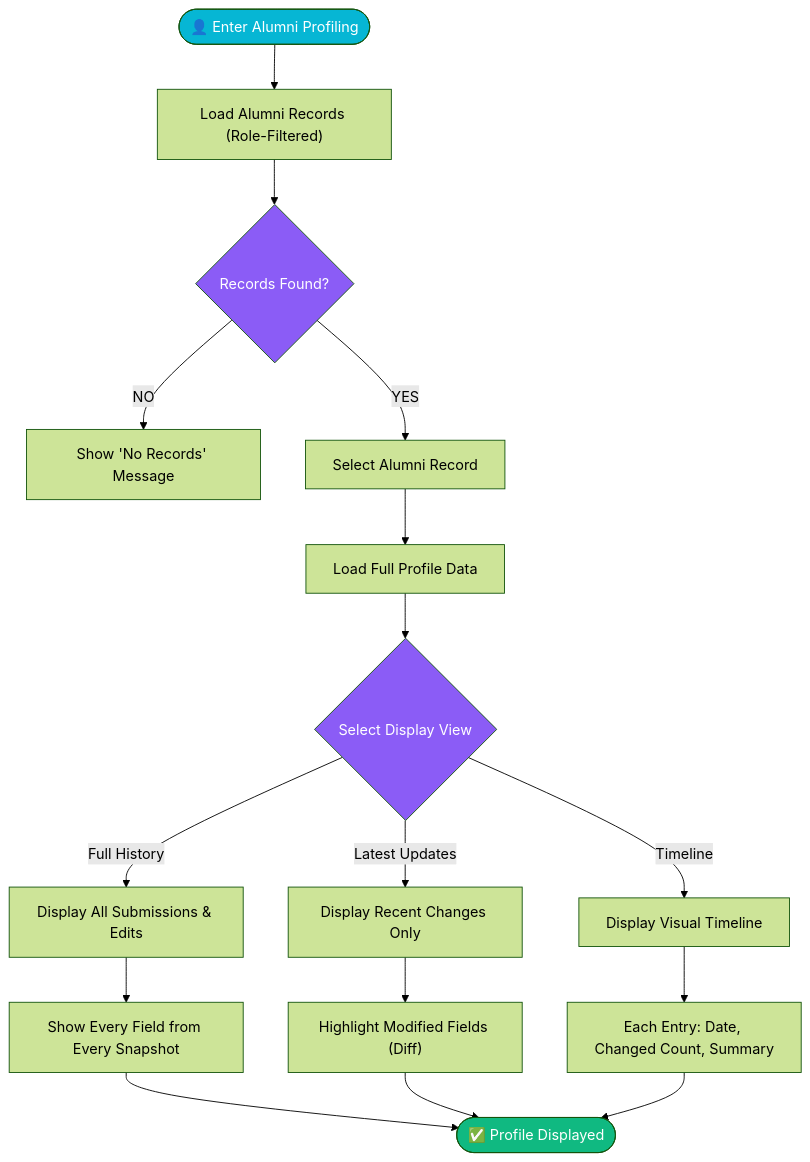
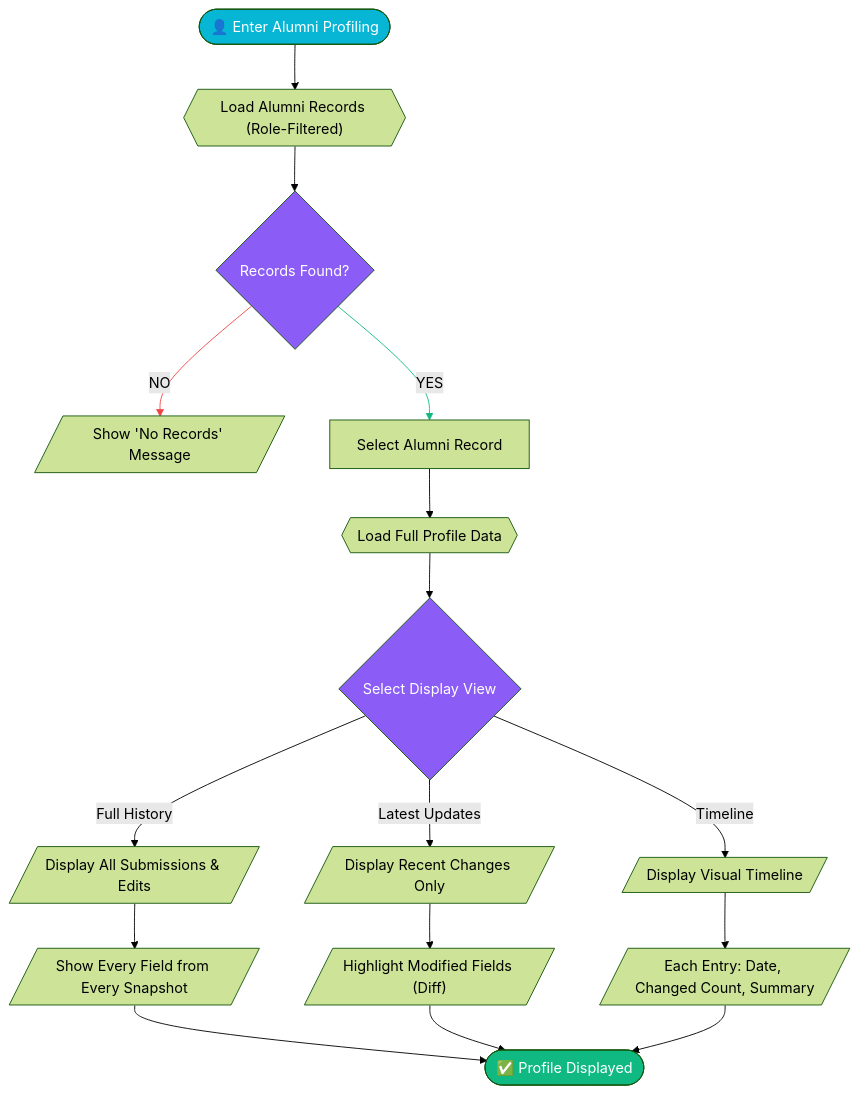
One commit to rakuya-khun/alumni-db changed the fifth of 10 diagrams in docs/technical/alumni-db-flowcharts.md. Above: the diagram before and after it, drawn with Mermaid (forest theme). The commit also changed other lines of this file, not shown here.

Commit message:
docs: flowchart mermaid markdown shape adjustment

````diff
--- a/docs/technical/alumni-db-flowcharts.md
+++ b/docs/technical/alumni-db-flowcharts.md
@@ -260,25 +284,27 @@
 ```mermaid
 flowchart TD
-    A([👤 Enter Alumni Profiling]) --> B["Load Alumni Records (Role-Filtered)"]
+    A([👤 Enter Alumni Profiling]) --> B{{"Load Alumni Records (Role-Filtered)"}}
     B --> C{Records Found?}
-    C -- NO --> D["Show 'No Records' Message"]
+    C -- NO --> D[/"Show 'No Records' Message"/]
     C -- YES --> E["Select Alumni Record"]
-    E --> F[Load Full Profile Data]
+    E --> F{{"Load Full Profile Data"}}
     F --> G{Select Display View}
 
-    G -- Full History --> H["Display All Submissions & Edits"]
-    H --> I["Show Every Field from Every Snapshot"]
+    G -- Full History --> H[/"Display All Submissions & Edits"/]
+    H --> I[/"Show Every Field from Every Snapshot"/]
 
-    G -- Latest Updates --> J["Display Recent Changes Only"]
-    J --> K["Highlight Modified Fields (Diff)"]
+    G -- Latest Updates --> J[/"Display Recent Changes Only"/]
+    J --> K[/"Highlight Modified Fields (Diff)"/]
 
-    G -- Timeline --> L["Display Visual Timeline"]
-    L --> M["Each Entry: Date, Changed Count, Summary"]
+    G -- Timeline --> L[/"Display Visual Timeline"/]
+    L --> M[/"Each Entry: Date, Changed Count, Summary"/]
 
     I & K & M --> N([✅ Profile Displayed])
 
     style A fill:#06b6d4,color:#fff
     style N fill:#10b981,color:#fff
     style C fill:#8b5cf6,color:#fff
     style G fill:#8b5cf6,color:#fff
+    linkStyle 2 stroke:#ef4444
+    linkStyle 3 stroke:#10b981
 ```
````
